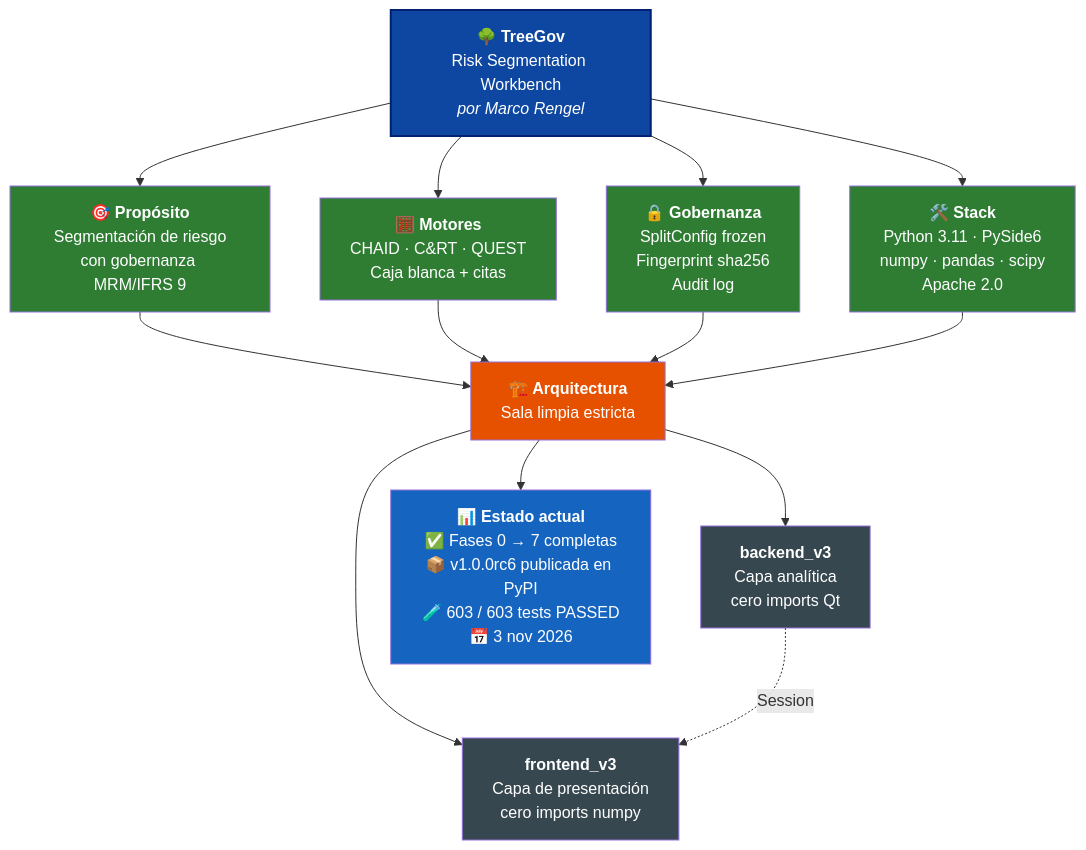
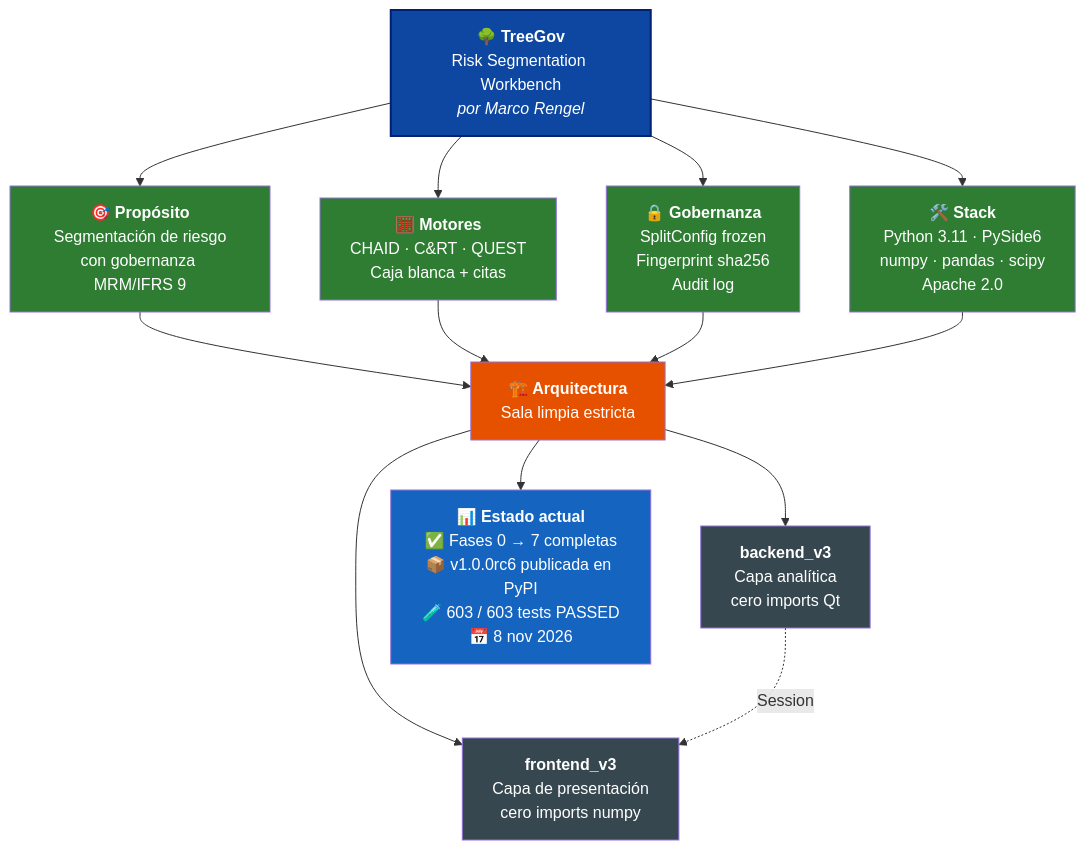
The diagram in README.es.md (Marco-Rengel/treegov), drawn with Mermaid before and after one commit. The commit also changed 5 other files, not shown here.

````diff
--- a/README.es.md
+++ b/README.es.md
@@ -38,31 +38,31 @@
 ```mermaid
 flowchart TB
     TG["<b>🌳 TreeGov</b><br/>Risk Segmentation Workbench<br/><i>por Marco Rengel</i>"]
 
     TG --> P["<b>🎯 Propósito</b><br/>Segmentación de riesgo<br/>con gobernanza MRM/IFRS 9"]
     TG --> M["<b>🧮 Motores</b><br/>CHAID · C&RT · QUEST<br/>Caja blanca + citas"]
     TG --> G["<b>🔒 Gobernanza</b><br/>SplitConfig frozen<br/>Fingerprint sha256<br/>Audit log"]
     TG --> S["<b>🛠️ Stack</b><br/>Python 3.11 · PySide6<br/>numpy · pandas · scipy<br/>Apache 2.0"]
 
     P --> ARQ["<b>🏗️ Arquitectura</b><br/>Sala limpia estricta"]
     M --> ARQ
     G --> ARQ
     S --> ARQ
 
     ARQ --> BE["<b>backend_v3</b><br/>Capa analítica<br/>cero imports Qt"]
     ARQ --> FE["<b>frontend_v3</b><br/>Capa de presentación<br/>cero imports numpy"]
 
     BE -.->|Session| FE
 
-    ARQ --> ST["<b>📊 Estado actual</b><br/>✅ Fases 0 → 7 completas<br/>📦 v1.0.0rc6 publicada en PyPI<br/>🧪 603 / 603 tests PASSED<br/>📅 3 nov 2026"]
+    ARQ --> ST["<b>📊 Estado actual</b><br/>✅ Fases 0 → 7 completas<br/>📦 v1.0.0rc6 publicada en PyPI<br/>🧪 603 / 603 tests PASSED<br/>📅 8 nov 2026"]
 
     style TG fill:#0D47A1,color:#fff,stroke:#002171,stroke-width:2px
     style P fill:#2E7D32,color:#fff
     style M fill:#2E7D32,color:#fff
     style G fill:#2E7D32,color:#fff
     style S fill:#2E7D32,color:#fff
     style ARQ fill:#E65100,color:#fff
     style BE fill:#37474F,color:#fff
     style FE fill:#37474F,color:#fff
     style ST fill:#1565C0,color:#fff
 ```
````
